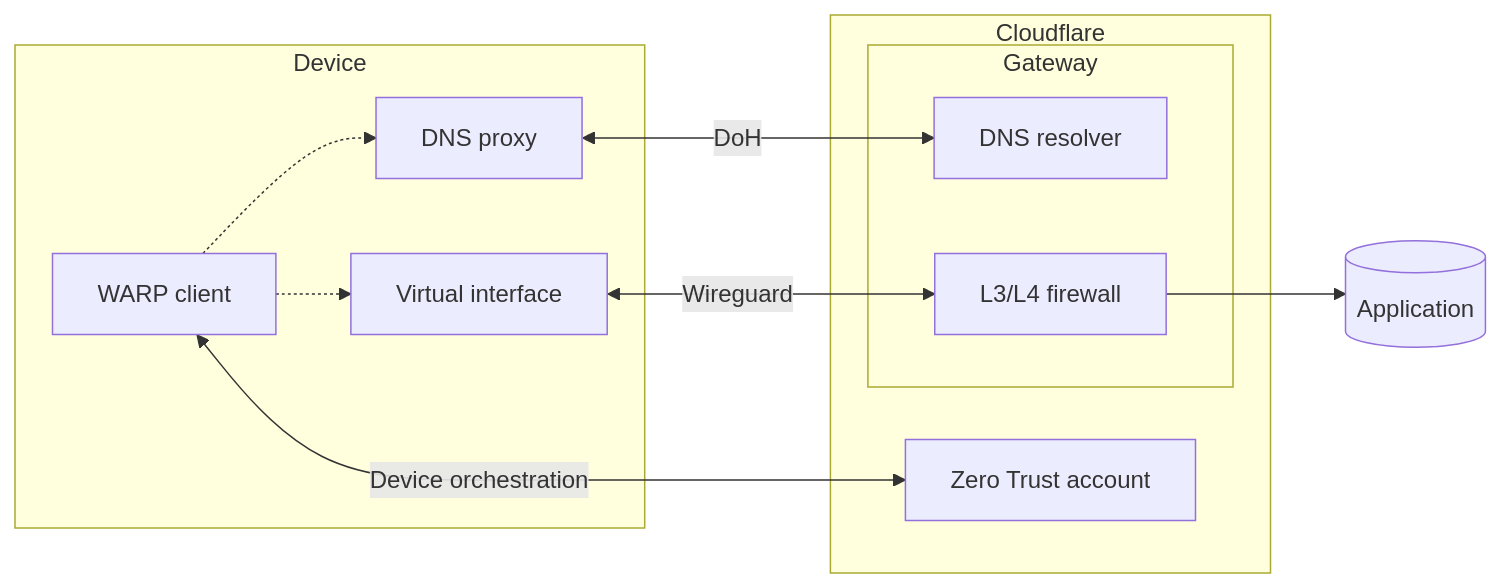
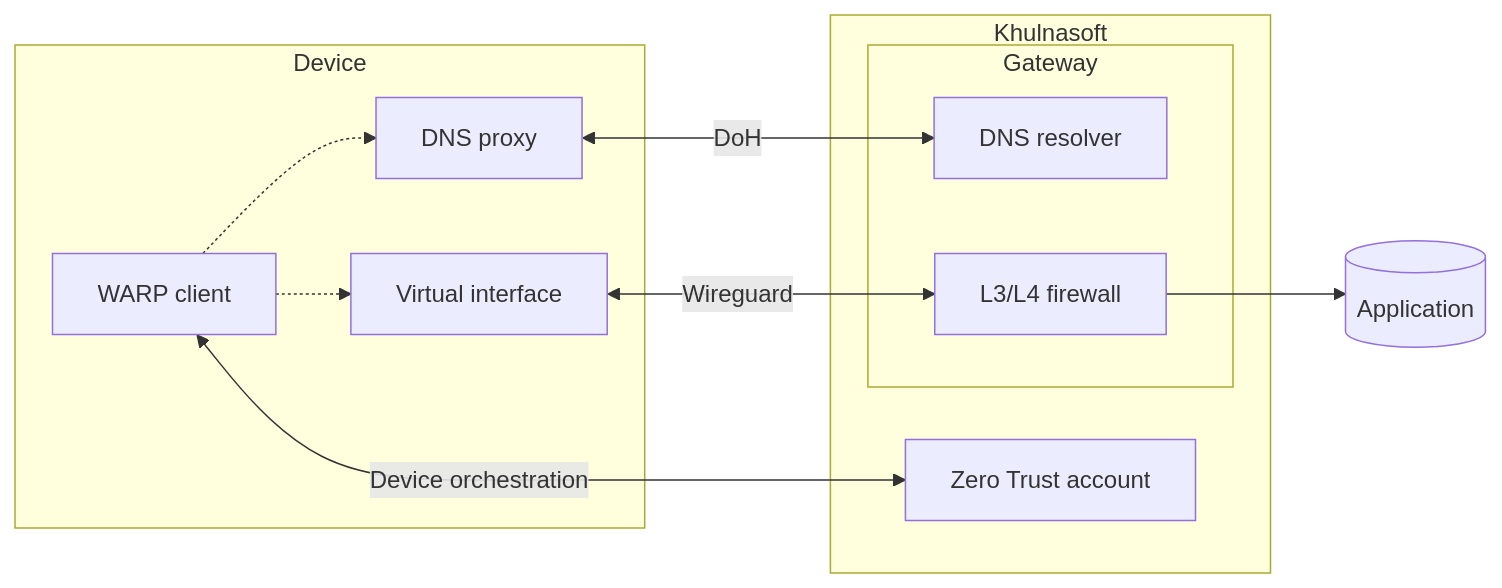
Before and after one commit to NxPKG/khulnasoft-docs: the first of 3 diagrams in content/cloudflare-one/connections/connect-devices/warp/configure-warp/route-traffic/warp-architecture.md, drawn with Mermaid. The commit also changed other lines of this file and 2914 other files, not shown here.

````diff
--- a/content/cloudflare-one/connections/connect-devices/warp/configure-warp/route-traffic/warp-architecture.md
+++ b/content/cloudflare-one/connections/connect-devices/warp/configure-warp/route-traffic/warp-architecture.md
@@ -24,19 +24,19 @@
 ```mermaid
 flowchart LR
 subgraph Device
 W[WARP client] -.-> D
 D[DNS proxy]
 W -.-> V[Virtual interface]
 end
-subgraph Cloudflare
+subgraph Khulnasoft
 A[Zero Trust account]
 subgraph Gateway
 G[DNS resolver]
 N[L3/L4 firewall]
 end
 end
 W<--Device orchestration-->A
 D<--DoH-->G
 V<--Wireguard-->N
 N --> O[(Application)]
 ```
````
